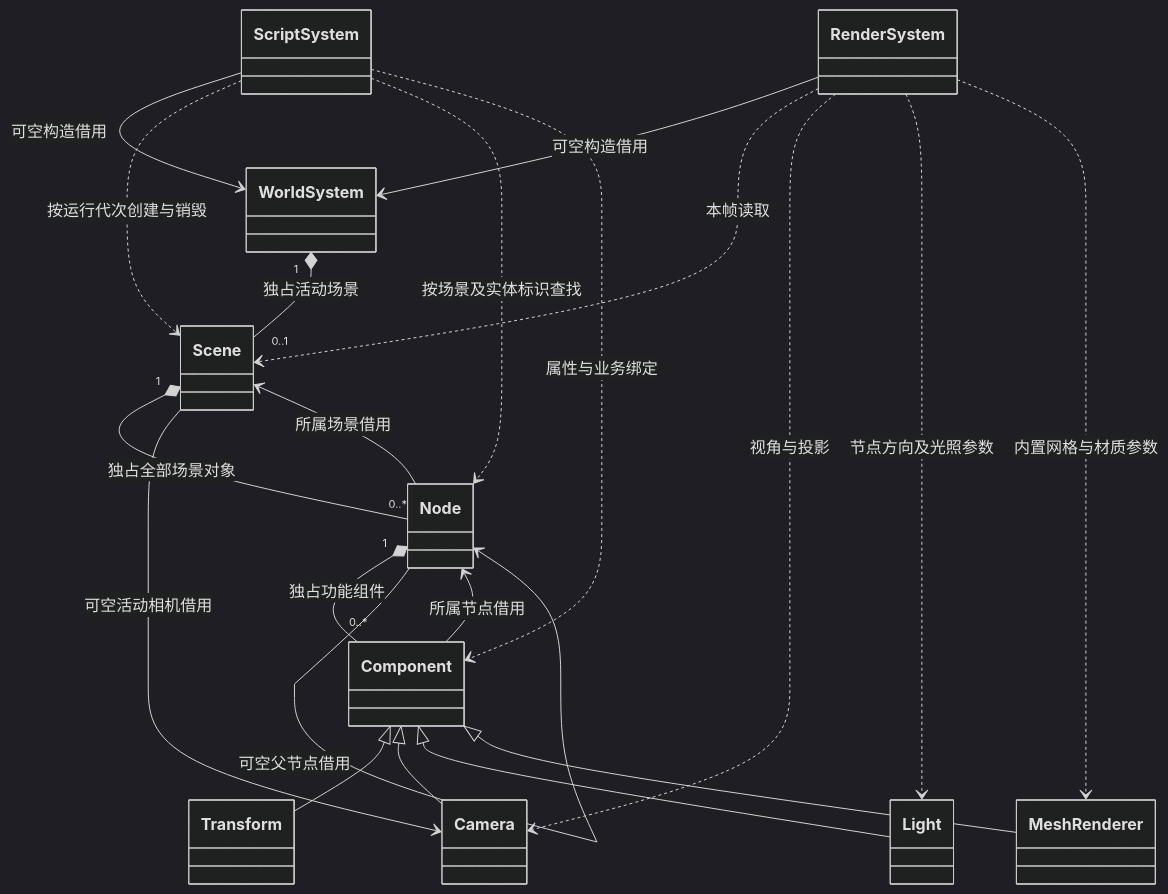
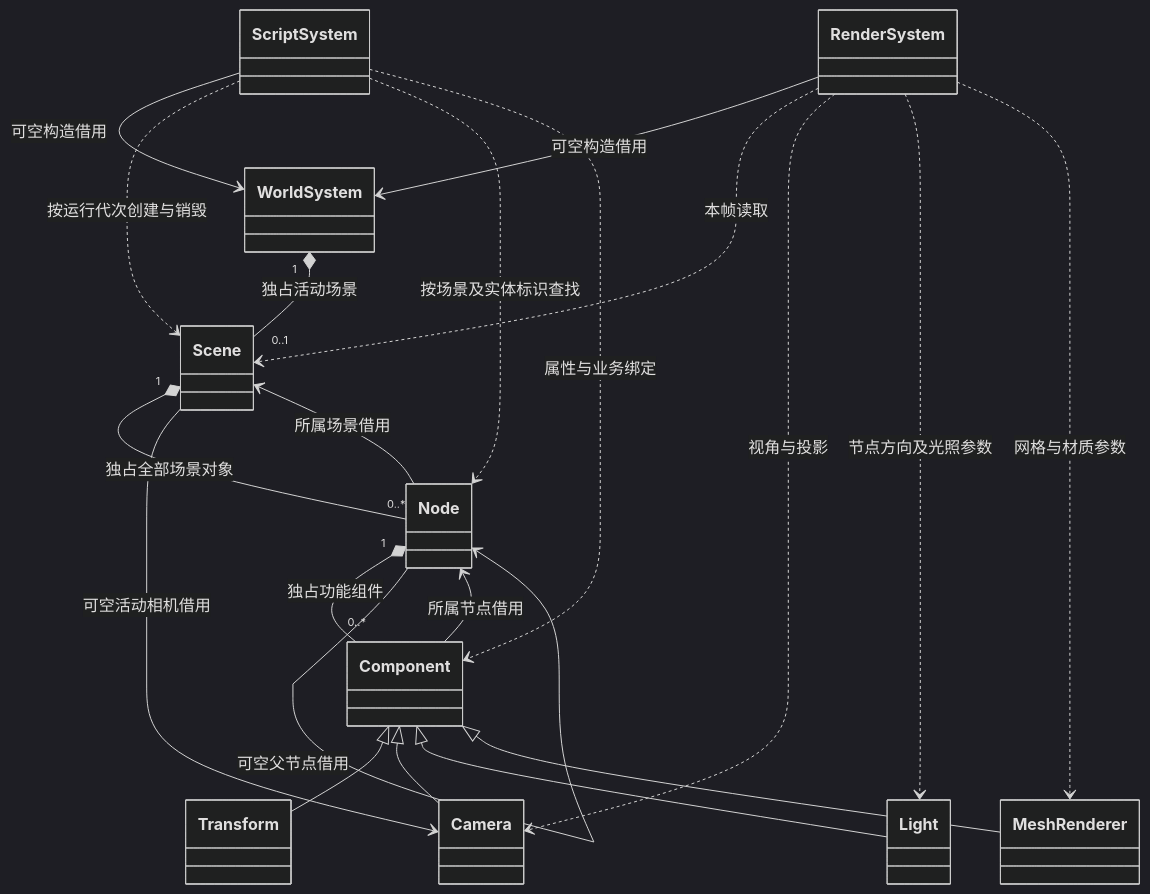
Before and after one commit to lcals/Engine: the fifth of 19 diagrams in docs/class-diagrams/references.md, drawn with Mermaid (dark theme). The commit also changed other lines of this file and 143 other files, not shown here.

````diff
--- a/docs/class-diagrams/references.md
+++ b/docs/class-diagrams/references.md
@@ -108,33 +115,33 @@
 ```mermaid
 classDiagram
     class WorldSystem
     class Scene
     class Node
     class Component
     class Transform
     class Camera
     class Light
     class MeshRenderer
     class ScriptSystem
     class RenderSystem
     WorldSystem "1" *-- "0..1" Scene : 独占活动场景
     Scene "1" *-- "0..*" Node : 独占全部场景对象
     Node "1" *-- "0..*" Component : 独占功能组件
     Node --> Scene : 所属场景借用
     Node --> Node : 可空父节点借用
     Component --> Node : 所属节点借用
     Component <|-- Transform
     Component <|-- Camera
     Component <|-- Light
     Component <|-- MeshRenderer
     Scene --> Camera : 可空活动相机借用
     ScriptSystem --> WorldSystem : 可空构造借用
     ScriptSystem ..> Scene : 按运行代次创建与销毁
     ScriptSystem ..> Node : 按场景及实体标识查找
     ScriptSystem ..> Component : 属性与业务绑定
     RenderSystem --> WorldSystem : 可空构造借用
     RenderSystem ..> Scene : 本帧读取
     RenderSystem ..> Camera : 视角与投影
     RenderSystem ..> Light : 节点方向及光照参数
-    RenderSystem ..> MeshRenderer : 内置网格与材质参数
+    RenderSystem ..> MeshRenderer : 网格与材质参数
 ```
````
